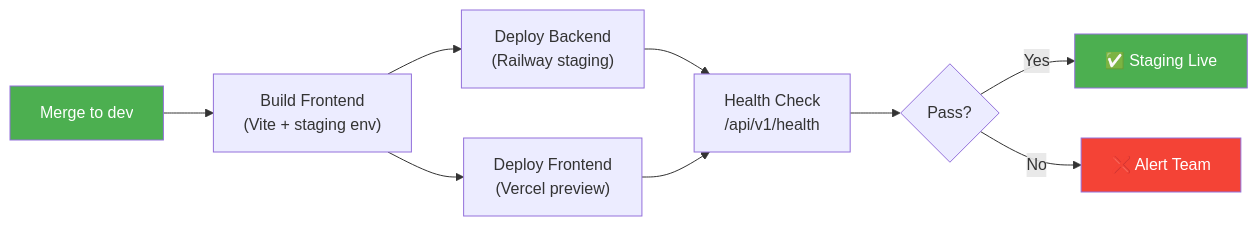
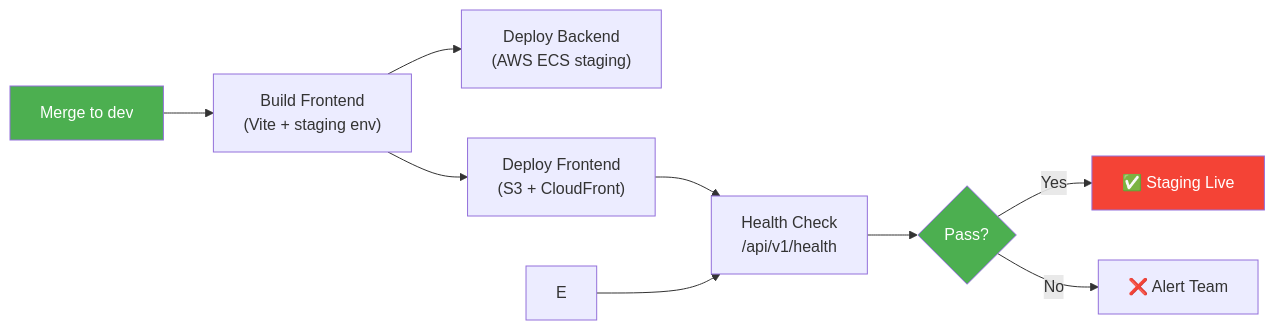
Before and after one commit to AtharvS7/PredictIQ: the tenth of 16 diagrams in docs/walkthrough.md, drawn with Mermaid. The commit also changed other lines of this file, not shown here.

````diff
--- a/docs/walkthrough.md
+++ b/docs/walkthrough.md
@@ -1286,15 +1301,15 @@
 ```mermaid
 flowchart LR
     A["Merge to dev"] --> B["Build Frontend\n(Vite + staging env)"]
-    B --> C["Deploy Backend\n(Railway staging)"]
-    B --> D["Deploy Frontend\n(Vercel preview)"]
-    C --> E["Health Check\n/api/v1/health"]
-    D --> E
-    E --> F{"Pass?"}
-    F -->|Yes| G["✅ Staging Live"]
-    F -->|No| H["❌ Alert Team"]
+    B --> C["Deploy Backend\n(AWS ECS staging)"]
+    B --> D["Deploy Frontend\n(S3 + CloudFront)"]
+    D --> F["Health Check\n/api/v1/health"]
+    E --> F
+    F --> G{"Pass?"}
+    G -->|Yes| H["✅ Staging Live"]
+    G -->|No| I["❌ Alert Team"]
 
     style A fill:#4CAF50,color:#fff
     style G fill:#4CAF50,color:#fff
     style H fill:#f44336,color:#fff
 ```
````
